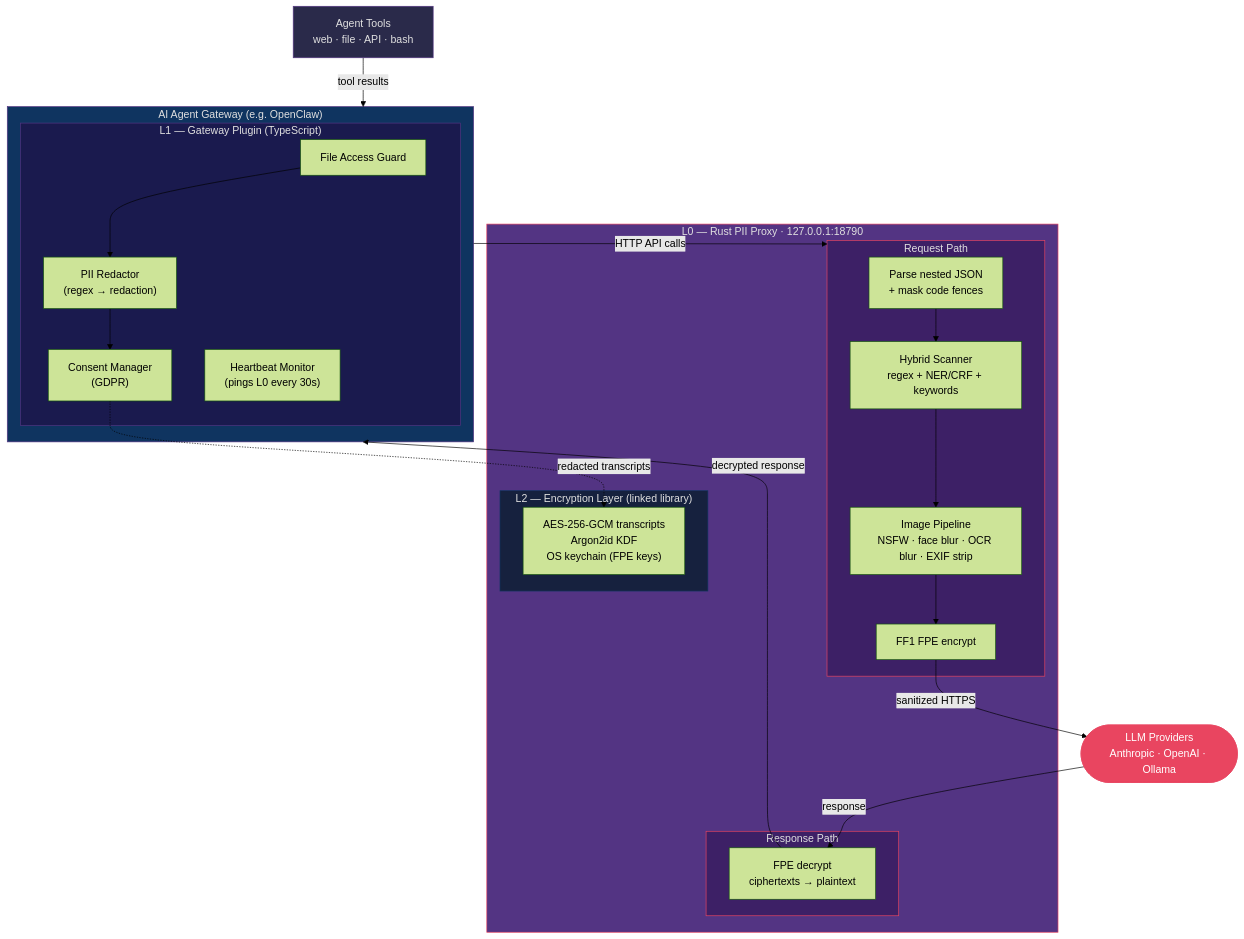
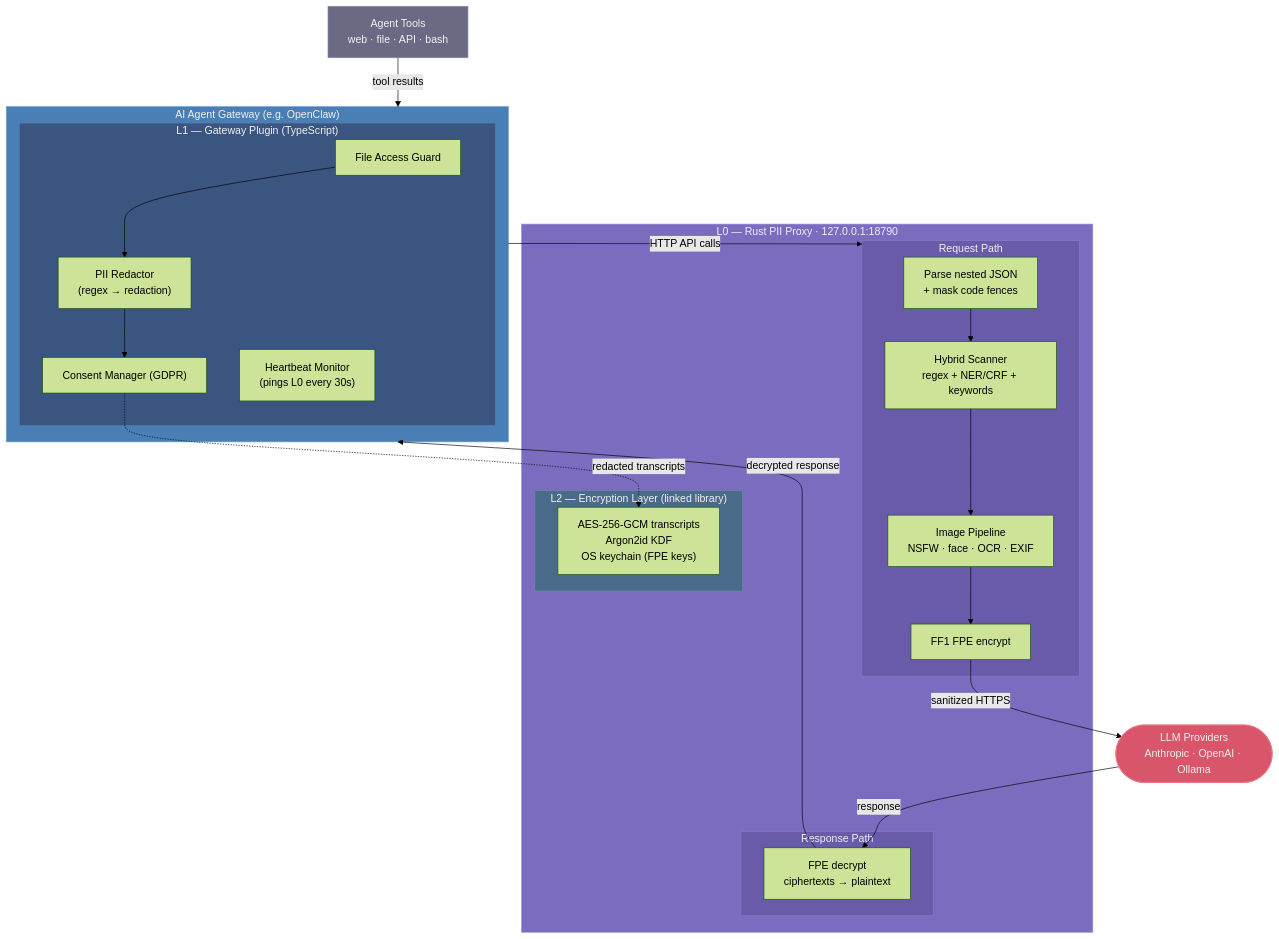
Before and after one commit to OpenObscure/OpenObscure: the fourth of 15 diagrams in ARCHITECTURE.md, drawn with Mermaid (forest theme). The commit also changed other lines of this file and 7 other files, not shown here.

First line of the commit message:
Improve diagrams, screenshot, and repo hygiene

````diff
--- a/ARCHITECTURE.md
+++ b/ARCHITECTURE.md
@@ -137,44 +137,44 @@
 ```mermaid
 flowchart TB
-    tools["Agent Tools\nweb · file · API · bash"]
+    tools["Agent Tools<br>web · file · API · bash"]
 
     subgraph gateway ["AI Agent Gateway (e.g. OpenClaw)"]
         subgraph l1box ["L1 — Gateway Plugin (TypeScript)"]
-            guard["File Access Guard"] --> redact["PII Redactor\n(regex → redaction)"]
-            redact --> consent["Consent Manager\n(GDPR)"]
-            heartbeat["Heartbeat Monitor\n(pings L0 every 30s)"]
+            guard["File Access Guard"] --> redact["PII Redactor<br>(regex → redaction)"]
+            redact --> consent["Consent Manager (GDPR)"]
+            heartbeat["Heartbeat Monitor<br>(pings L0 every 30s)"]
         end
     end
 
     subgraph l0box ["L0 — Rust PII Proxy · 127.0.0.1:18790"]
         subgraph reqpath ["Request Path"]
-            nested["Parse nested JSON\n+ mask code fences"] --> hybrid["Hybrid Scanner\nregex + NER/CRF + keywords"]
-            hybrid --> imgpipe["Image Pipeline\nNSFW · face blur · OCR blur · EXIF strip"]
+            nested["Parse nested JSON<br>+ mask code fences"] --> hybrid["Hybrid Scanner<br>regex + NER/CRF + keywords"]
+            hybrid --> imgpipe["Image Pipeline<br>NSFW · face · OCR · EXIF"]
             imgpipe --> ff1["FF1 FPE encrypt"]
         end
         subgraph respath ["Response Path"]
-            decrypt["FPE decrypt\nciphertexts → plaintext"]
+            decrypt["FPE decrypt<br>ciphertexts → plaintext"]
         end
         subgraph l2box ["L2 — Encryption Layer (linked library)"]
-            crypto["AES-256-GCM transcripts\nArgon2id KDF\nOS keychain (FPE keys)"]
+            crypto["AES-256-GCM transcripts<br>Argon2id KDF<br>OS keychain (FPE keys)"]
         end
     end
 
-    llm(["LLM Providers\nAnthropic · OpenAI · Ollama"])
+    llm(["LLM Providers<br>Anthropic · OpenAI · Ollama"])
 
     tools -- "tool results" --> gateway
     gateway -- "HTTP API calls" --> reqpath
     ff1 -- "sanitized HTTPS" --> llm
     llm -- "response" --> decrypt
     decrypt -- "decrypted response" --> gateway
     consent -. "redacted transcripts" .-> crypto
 
-    style gateway fill:#0f3460,stroke:#533483,color:#e0e0e0
-    style l1box fill:#1a1a4e,stroke:#533483,color:#e0e0e0
-    style l0box fill:#533483,stroke:#e94560,color:#e0e0e0
-    style reqpath fill:#3d2066,stroke:#e94560,color:#e0e0e0
-    style respath fill:#3d2066,stroke:#e94560,color:#e0e0e0
-    style l2box fill:#16213e,stroke:#0f3460,color:#e0e0e0
-    style llm fill:#e94560,stroke:#e94560,color:#fff
-    style tools fill:#2a2a4a,stroke:#533483,color:#e0e0e0
+    style gateway fill:#4a7fb5,stroke:#6a9fd5,color:#f0f0f0
+    style l1box fill:#3a5580,stroke:#5a75a0,color:#f0f0f0
+    style l0box fill:#7c6cbf,stroke:#9c8cdf,color:#f0f0f0
+    style reqpath fill:#6a5aaa,stroke:#8a7aca,color:#f0f0f0
+    style respath fill:#6a5aaa,stroke:#8a7aca,color:#f0f0f0
+    style l2box fill:#4a6a8a,stroke:#6a8aaa,color:#f0f0f0
+    style llm fill:#d9556a,stroke:#e97585,color:#f0f0f0
+    style tools fill:#6a6a85,stroke:#8a8aa5,color:#f0f0f0
 ```
````
